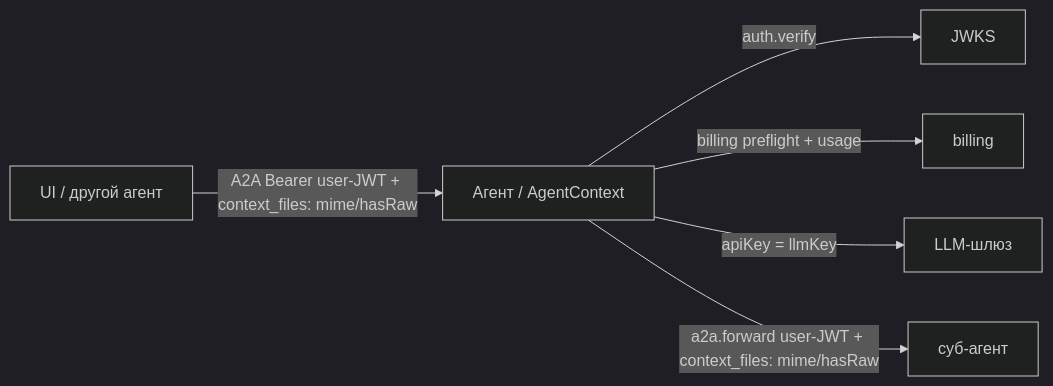
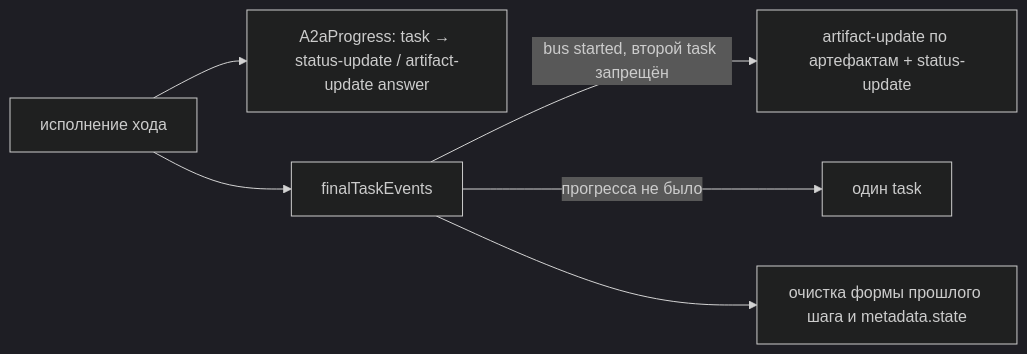
The second of 6 diagrams in README.md (AI-37/ai37-agent-sdk), drawn with Mermaid (dark theme) before and after one commit. The commit also changed other lines of this file, not shown here.

````diff
--- a/README.md
+++ b/README.md
@@ -77,8 +74,8 @@
 ```mermaid
 flowchart LR
-  C[UI / другой агент] -->|A2A Bearer user-JWT + context_files: mime/hasRaw| AG[Агент / AgentContext]
-  AG -->|auth.verify| J[JWKS]
-  AG -->|billing preflight + usage| B[billing]
-  AG -->|apiKey = llmKey| L[LLM-шлюз]
-  AG -->|a2a.forward user-JWT + context_files: mime/hasRaw| S[суб-агент]
+  EX[исполнение хода] --> P[A2aProgress: task → status-update / artifact-update answer]
+  EX --> F[finalTaskEvents]
+  F -->|bus started, второй task запрещён| AU[artifact-update по артефактам + status-update]
+  F -->|прогресса не было| T[один task]
+  F --> CL[очистка формы прошлого шага и metadata.state]
 ```
````
